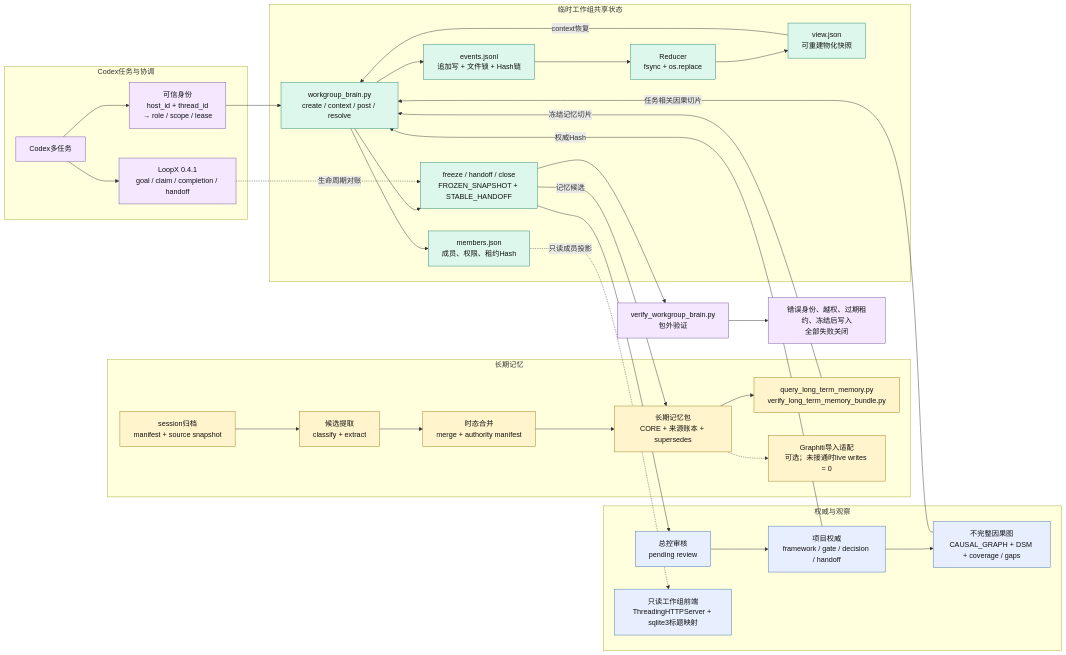
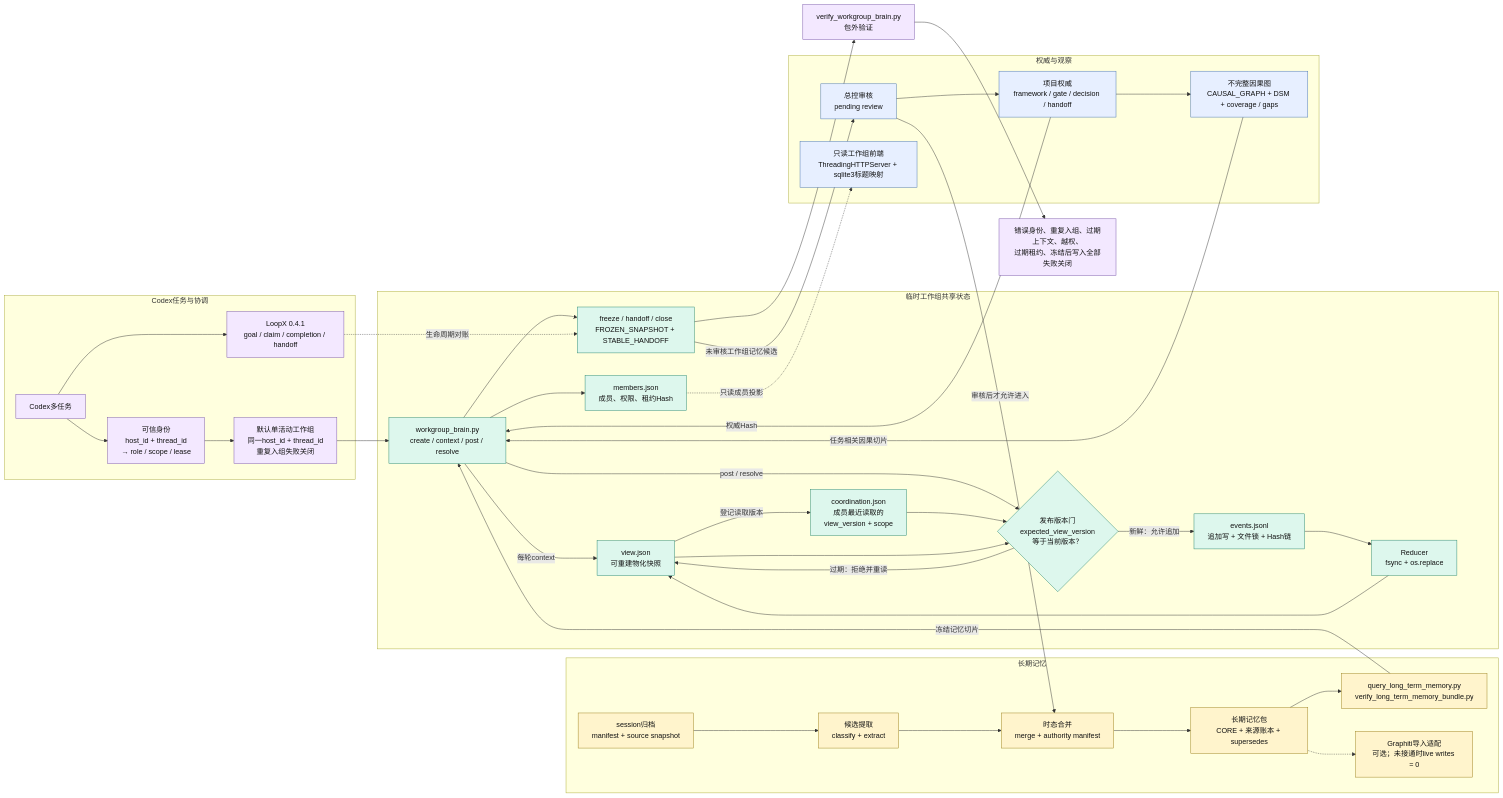
One commit to dkdzx/agent-brain changed the diagram in docs/overview.md. Above: the diagram before and after it, drawn with Mermaid. The commit also changed other lines of this file and 9 other files, not shown here.

````diff
--- a/docs/overview.md
+++ b/docs/overview.md
@@ -11,66 +11,75 @@
 ```mermaid
 flowchart LR
   subgraph A["Codex任务与协调"]
     A1["Codex多任务"]
     A2["可信身份<br/>host_id + thread_id<br/>→ role / scope / lease"]
     A3["LoopX 0.4.1<br/>goal / claim / completion / handoff"]
+    A4["默认单活动工作组<br/>同一host_id + thread_id<br/>重复入组失败关闭"]
     A1 --> A2
     A1 --> A3
+    A2 --> A4
   end
 
   subgraph B["临时工作组共享状态"]
     B1["workgroup_brain.py<br/>create / context / post / resolve"]
     B2["members.json<br/>成员、权限、租约Hash"]
     B3["events.jsonl<br/>追加写 + 文件锁 + Hash链"]
     B4["Reducer<br/>fsync + os.replace"]
     B5["view.json<br/>可重建物化快照"]
     B6["freeze / handoff / close<br/>FROZEN_SNAPSHOT + STABLE_HANDOFF"]
+    B7["coordination.json<br/>成员最近读取的<br/>view_version + scope"]
+    B8{"发布版本门<br/>expected_view_version<br/>等于当前版本？"}
     B1 --> B2
-    B1 --> B3
+    B1 -->|"每轮context"| B5
+    B5 -->|"登记读取版本"| B7
+    B1 -->|"post / resolve"| B8
+    B7 --> B8
+    B5 --> B8
+    B8 -->|"新鲜：允许追加"| B3
+    B8 -->|"过期：拒绝并重读"| B5
     B3 --> B4 --> B5
-    B5 -->|"context恢复"| B1
     B1 --> B6
   end
 
   subgraph C["长期记忆"]
     C1["session归档<br/>manifest + source snapshot"]
     C2["候选提取<br/>classify + extract"]
     C3["时态合并<br/>merge + authority manifest"]
     C4["长期记忆包<br/>CORE + 来源账本 + supersedes"]
     C5["query_long_term_memory.py<br/>verify_long_term_memory_bundle.py"]
     C6["Graphiti导入适配<br/>可选；未接通时live writes = 0"]
     C1 --> C2 --> C3 --> C4 --> C5
     C4 -.-> C6
   end
 
   subgraph D["权威与观察"]
     D1["项目权威<br/>framework / gate / decision / handoff"]
     D2["不完整因果图<br/>CAUSAL_GRAPH + DSM + coverage / gaps"]
     D3["总控审核<br/>pending review"]
     D4["只读工作组前端<br/>ThreadingHTTPServer + sqlite3标题映射"]
     D1 --> D2
     D3 --> D1
   end
 
-  A2 --> B1
+  A4 --> B1
   A3 -. "生命周期对账" .-> B6
   C5 -->|"冻结记忆切片"| B1
   D1 -->|"权威Hash"| B1
   D2 -->|"任务相关因果切片"| B1
-  B6 --> D3
-  B6 -->|"记忆候选"| C4
+  B6 -->|"未审核工作组记忆候选"| D3
+  D3 -->|"审核后才允许进入"| C3
   B2 -. "只读成员投影" .-> D4
 
   E1["verify_workgroup_brain.py<br/>包外验证"]
-  E2["错误身份、越权、过期租约、冻结后写入<br/>全部失败关闭"]
+  E2["错误身份、重复入组、过期上下文、越权、<br/>过期租约、冻结后写入全部失败关闭"]
   B6 --> E1 --> E2
 
   classDef work fill:#ddf7ed,stroke:#24856d,color:#111;
   classDef memory fill:#fff4cc,stroke:#9a7d18,color:#111;
   classDef authority fill:#e7efff,stroke:#426fae,color:#111;
   classDef guard fill:#f3e8ff,stroke:#7651a8,color:#111;
-  class B1,B2,B3,B4,B5,B6 work;
+  class B1,B2,B3,B4,B5,B6,B7,B8 work;
   class C1,C2,C3,C4,C5,C6 memory;
   class D1,D2,D3,D4 authority;
-  class A1,A2,A3,E1,E2 guard;
+  class A1,A2,A3,A4,E1,E2 guard;
 ```
````
